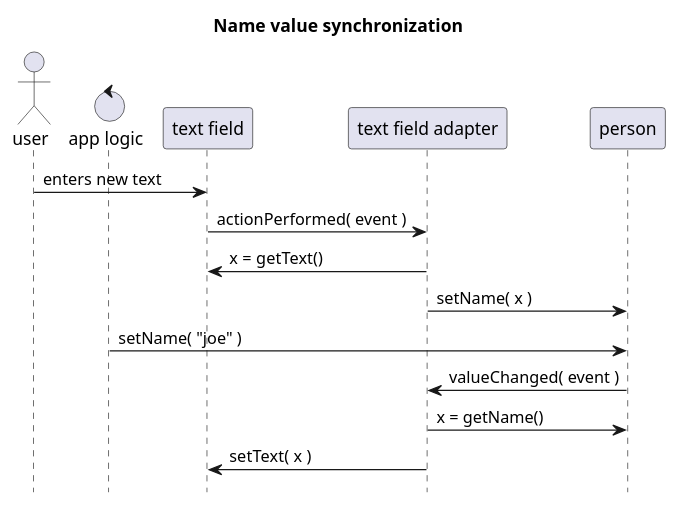
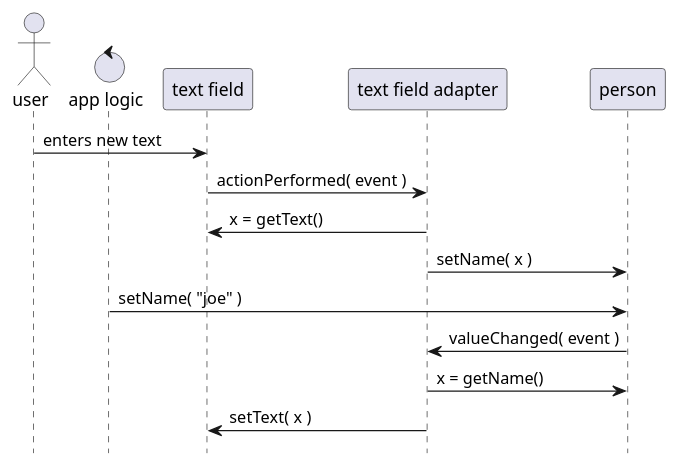
Before and after one commit to goranstack/esox: the eighth of 8 diagrams in gh-pages/src/main/asciidoc/index.adoc, drawn with PlantUML. The commit also changed other lines of this file and 3 other files, not shown here.

```diff
--- a/gh-pages/src/main/asciidoc/index.adoc
+++ b/gh-pages/src/main/asciidoc/index.adoc
@@ -219,21 +222,20 @@
 [plantuml, name-value-synchronization, svg]
 ....
 @startuml
 
 hide footbox
-title Name value synchronization
 
 actor user
 control "app logic"
 
 user -> "text field" : enters new text
 "text field" -> "text field adapter" : actionPerformed( event )
 "text field adapter" -> "text field" : x = getText()
 "text field adapter" -> person : setName( x )
 "app logic" -> person : setName( "joe" )
 person -> "text field adapter" : valueChanged( event )
 "text field adapter" -> person : x = getName()
 "text field adapter" -> "text field" : setText( x )
 
 @enduml
 ....
```
